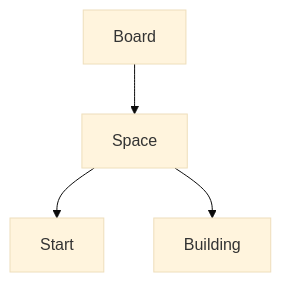
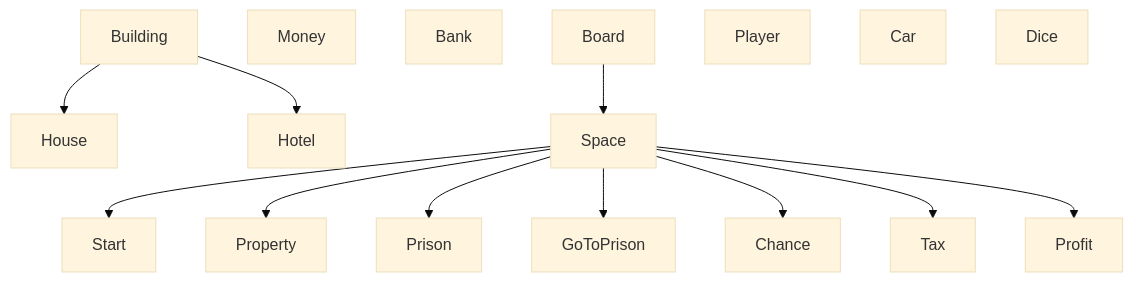
The first of 2 diagrams in README.md (duduardo45/INF1636-POO-Banco-Imobiliario), drawn with Mermaid (base theme) before and after one commit. The commit also changed other lines of this file and 84 other files, not shown here.

Commit message:
feito uma diagramação inicial e organiza arquivos

````diff
--- a/README.md
+++ b/README.md
@@ -11,6 +18,18 @@
 ```mermaid
-graph TD;
+graph
+    Building --> House;
+    Building --> Hotel;
+    Money;
+    Bank;
     Board --> Space;
     Space --> Start;
-    Space --> Building;
+    Space --> Property;
+    Space --> Prison;
+    Space --> GoToPrison;
+    Space --> Chance;
+    Space --> Tax;
+    Space --> Profit;
+    Player;
+    Car;
+    Dice;
 ```
````
